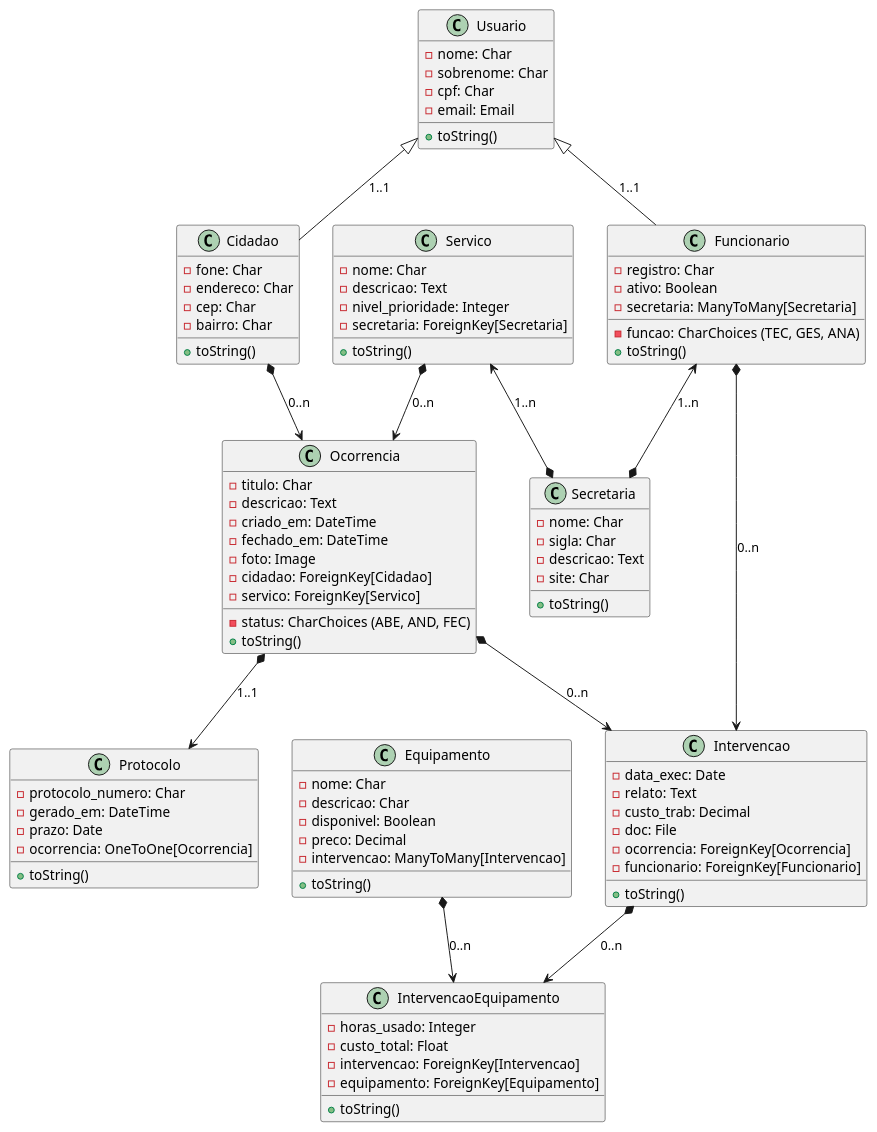
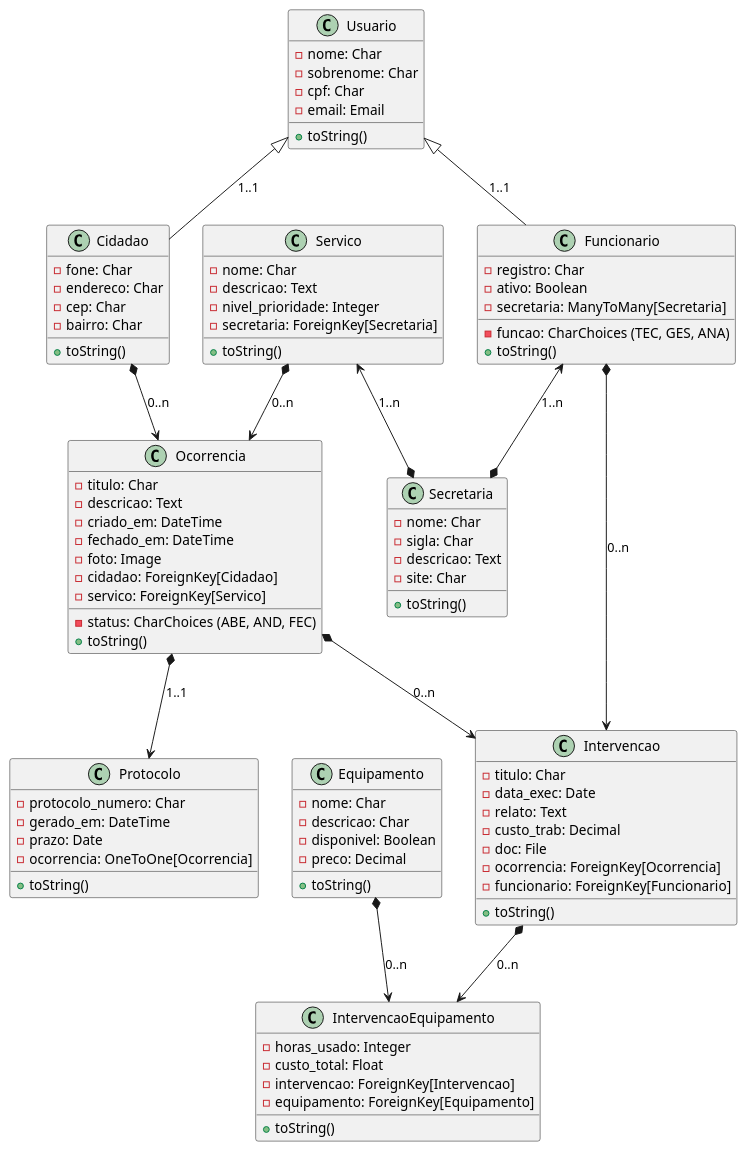
The diagram in diagrama.wsd (anleaes/2026-1-SDM-Segunda-Noite-ZS-04), drawn with PlantUML before and after one commit.

Commit message:
Ajuste diagrama

```diff
--- a/diagrama.wsd
+++ b/diagrama.wsd
@@ -1,114 +1,114 @@
 @startuml MeAjudaApp
 
 
 class Usuario {
     -nome: Char
     -sobrenome: Char
     -cpf: Char
     -email: Email
     +toString()
 }
 
 
 class Cidadao {
     -fone: Char
     -endereco: Char
     -cep: Char
     -bairro: Char
     +toString()
 }
 
 
 class Funcionario {
     -registro: Char
     -funcao: CharChoices (TEC, GES, ANA)
     -ativo: Boolean
     -secretaria: ManyToMany[Secretaria]
     +toString()
 }
 
 
 class Secretaria {
     -nome: Char
     -sigla: Char
     -descricao: Text
     -site: Char
     +toString()
 }
 
 
 class Servico {
     -nome: Char
     -descricao: Text
     -nivel_prioridade: Integer
     -secretaria: ForeignKey[Secretaria]
     +toString()
 }
 
 
 class Ocorrencia {
     -titulo: Char
     -descricao: Text
     -criado_em: DateTime
     -fechado_em: DateTime
     -status: CharChoices (ABE, AND, FEC)
     -foto: Image
     -cidadao: ForeignKey[Cidadao]
     -servico: ForeignKey[Servico]
     +toString()
 }
 
 
 class Intervencao {
+    -titulo: Char
     -data_exec: Date
     -relato: Text
     -custo_trab: Decimal
     -doc: File
     -ocorrencia: ForeignKey[Ocorrencia]
     -funcionario: ForeignKey[Funcionario]
     +toString()
 }
 
 
 class Protocolo {
     -protocolo_numero: Char
     -gerado_em: DateTime
     -prazo: Date
     -ocorrencia: OneToOne[Ocorrencia]
     +toString()
 }
 
 
 class Equipamento {
     -nome: Char
     -descricao: Char
     -disponivel: Boolean
     -preco: Decimal
-    -intervencao: ManyToMany[Intervencao]
     +toString()
 }
 
 
 class IntervencaoEquipamento {
     -horas_usado: Integer
     -custo_total: Float
     -intervencao: ForeignKey[Intervencao]
     -equipamento: ForeignKey[Equipamento]
     +toString()
 }
 
 
 Servico <--* Secretaria : 1..n
 Funcionario <--* Secretaria : 1..n
 Servico *--> Ocorrencia : 0..n
 Cidadao *--> Ocorrencia : 0..n
 Ocorrencia *--> Intervencao : 0..n
 Ocorrencia *--> Protocolo : 1..1
 Funcionario *--> Intervencao : 0..n
 Intervencao *--> IntervencaoEquipamento : 0..n
 Equipamento *--> IntervencaoEquipamento : 0..n
 Cidadao -up-|> Usuario: 1..1
 Funcionario -up-|> Usuario: 1..1
 
 
 @enduml
```
